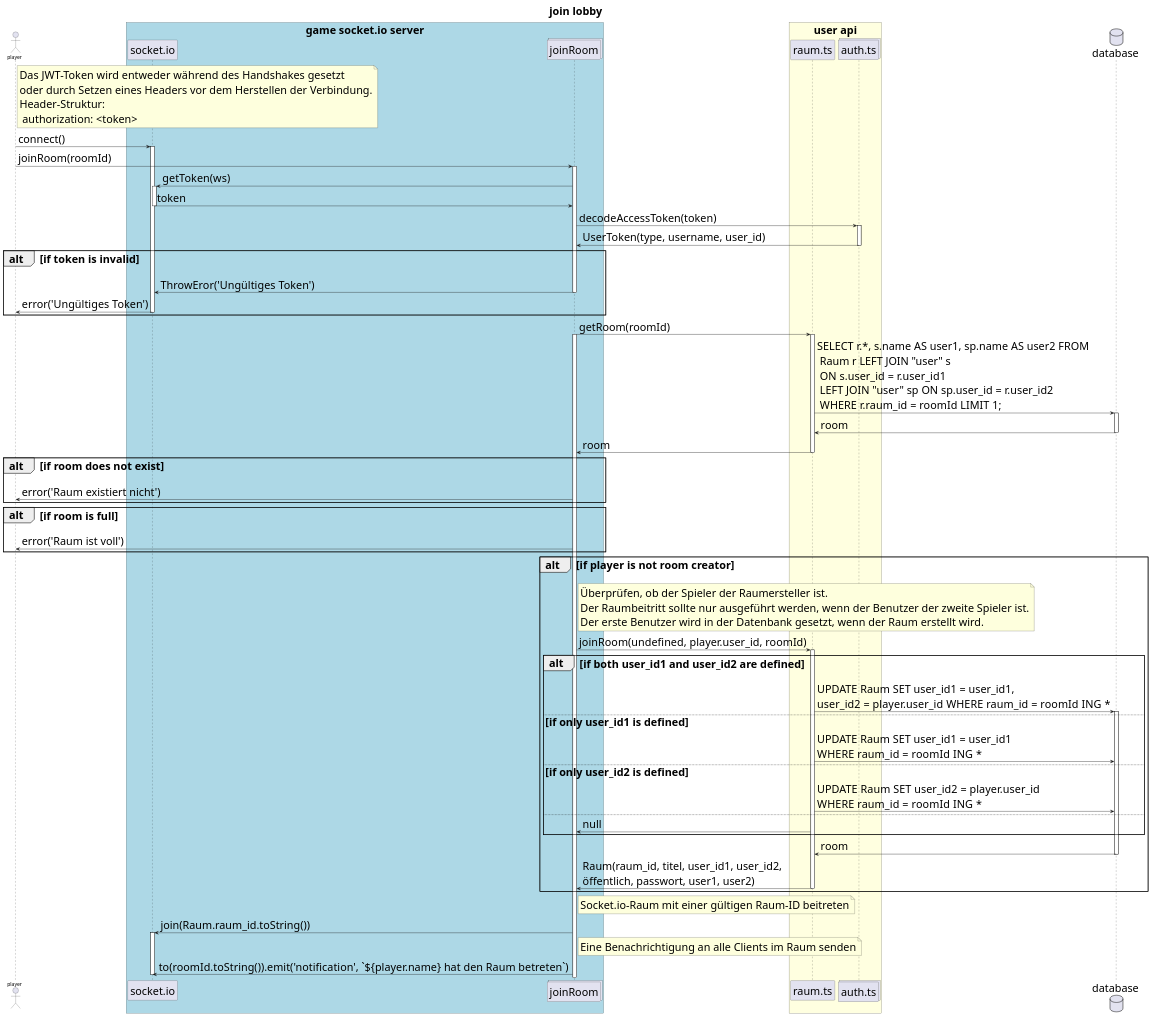
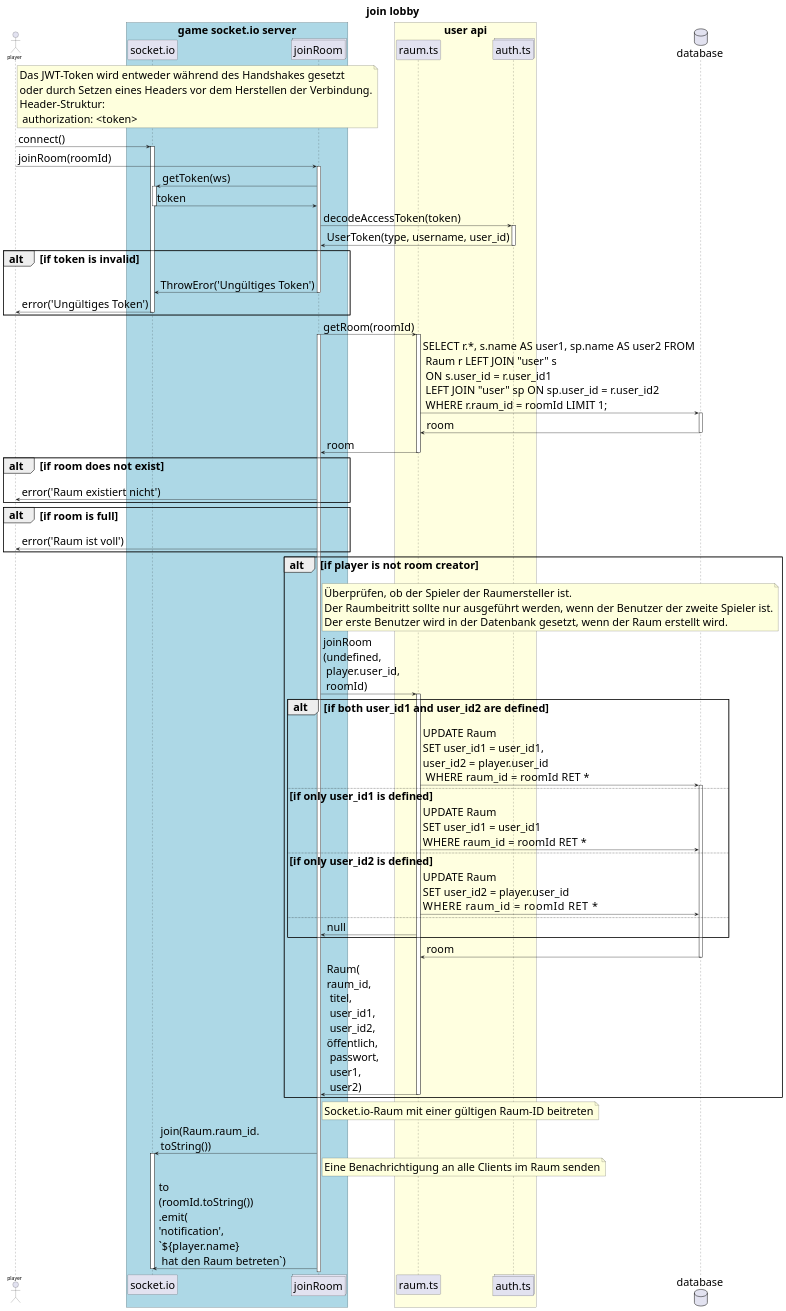
One commit to Maytastico/trash-pong changed the diagram in Doku/Abbildungen/Sequenzdiagram/join_lobby.wsd. Above: the diagram before and after it, drawn with PlantUML. The commit also changed 4 other files, not shown here.

```diff
--- a/Doku/Abbildungen/Sequenzdiagram/join_lobby.wsd
+++ b/Doku/Abbildungen/Sequenzdiagram/join_lobby.wsd
@@ -1,93 +1,93 @@
 @startuml
 title "join lobby"
 actor player
 skinparam defaultFontSize 30
 skinparam componentFontSize 30
 skinparam actorFontSize 30
 skinparam noteFontSize 30
 skinparam sequenceParticipantFontSize 30
 skinparam sequenceMessageFontSize 30
 skinparam titleFontSize 30
 box "game socket.io server" #LightBlue
 participant "socket.io" as ws
 collections "joinRoom" as jR
 end box
 box "user api" #LightYellow
 participant "raum.ts" as raum
 collections "auth.ts" as auth
 end box
 database database as db
 
 note right of player: Das JWT-Token wird entweder während des Handshakes gesetzt\noder durch Setzen eines Headers vor dem Herstellen der Verbindung.\nHeader-Struktur:\n authorization: <token>
 player -> ws: connect()
 activate ws
 player -> jR: joinRoom(roomId)
 activate jR
 jR -> ws: getToken(ws)
 activate ws
 ws -> jR: token
 deactivate ws
 jR -> auth: decodeAccessToken(token)
 activate auth
 auth -> jR: UserToken(type, username, user_id)
 deactivate auth
 alt if token is invalid
     jR -> ws: ThrowEror('Ungültiges Token')
     deactivate jR
     ws -> player: error('Ungültiges Token')
     deactivate ws
      
 end
 
 jR -> raum: getRoom(roomId)
 
 activate raum
 activate jR
 raum -> db: SELECT r.*, s.name AS user1, sp.name AS user2 FROM\n Raum r LEFT JOIN "user" s \n ON s.user_id = r.user_id1 \n LEFT JOIN "user" sp ON sp.user_id = r.user_id2 \n WHERE r.raum_id = roomId LIMIT 1;
 activate db
 db -> raum: room
 deactivate db
 raum -> jR: room
 deactivate raum
 alt if room does not exist
     jR -> player: error('Raum existiert nicht')
     deactivate raum
     deactivate ws
      
 end
 deactivate raum
 
 alt if room is full
     jR -> player: error('Raum ist voll')
     deactivate ws
      
 end
 
 alt if player is not room creator
     note right of jR: Überprüfen, ob der Spieler der Raumersteller ist.\nDer Raumbeitritt sollte nur ausgeführt werden, wenn der Benutzer der zweite Spieler ist.\nDer erste Benutzer wird in der Datenbank gesetzt, wenn der Raum erstellt wird.
-    jR -> raum: joinRoom(undefined, player.user_id, roomId)
+    jR -> raum: joinRoom\n(undefined,\n player.user_id,\n roomId)
     activate raum
     alt if both user_id1 and user_id2 are defined
-        raum -> db: UPDATE Raum SET user_id1 = user_id1,\nuser_id2 = player.user_id WHERE raum_id = roomId  ING *
+        raum -> db: UPDATE Raum \nSET user_id1 = user_id1,\nuser_id2 = player.user_id\n WHERE raum_id = roomId  RET *
         activate db
     else if only user_id1 is defined
-        raum -> db: UPDATE Raum SET user_id1 = user_id1\nWHERE raum_id = roomId  ING *
+        raum -> db: UPDATE Raum \nSET user_id1 = user_id1\nWHERE raum_id = roomId  RET *
     else if only user_id2 is defined
-        raum -> db: UPDATE Raum SET user_id2 = player.user_id\nWHERE raum_id = roomId  ING *
+        raum -> db: UPDATE Raum \nSET user_id2 = player.user_id\nWHERE raum_id = roomId  RET     *
     else
         raum -> jR: null
          
     end
     db -> raum: room
     deactivate db
-    raum -> jR: Raum(raum_id, titel, user_id1, user_id2,\nöffentlich, passwort, user1, user2)
+    raum -> jR: Raum(\nraum_id,\n titel,\n user_id1,\n user_id2,\nöffentlich,\n passwort,\n user1,\n user2)
     deactivate raum
 end
 note right of jR: Socket.io-Raum mit einer gültigen Raum-ID beitreten
-jR -> ws: join(Raum.raum_id.toString())
+jR -> ws: join(Raum.raum_id.\ntoString())
 activate ws
 note right of jR: Eine Benachrichtigung an alle Clients im Raum senden
-jR -> ws: to(roomId.toString()).emit('notification', `${player.name} hat den Raum betreten`)
+jR -> ws: to\n(roomId.toString())\n.emit(\n'notification', \n`${player.name}\n hat den Raum betreten`)
 deactivate ws
 
 @enduml
```
